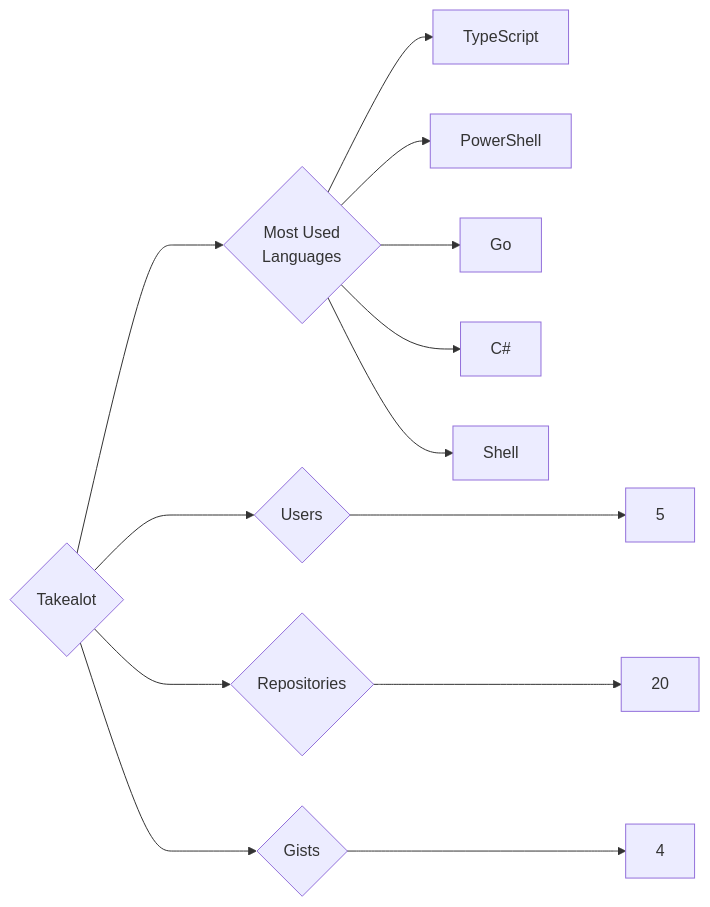
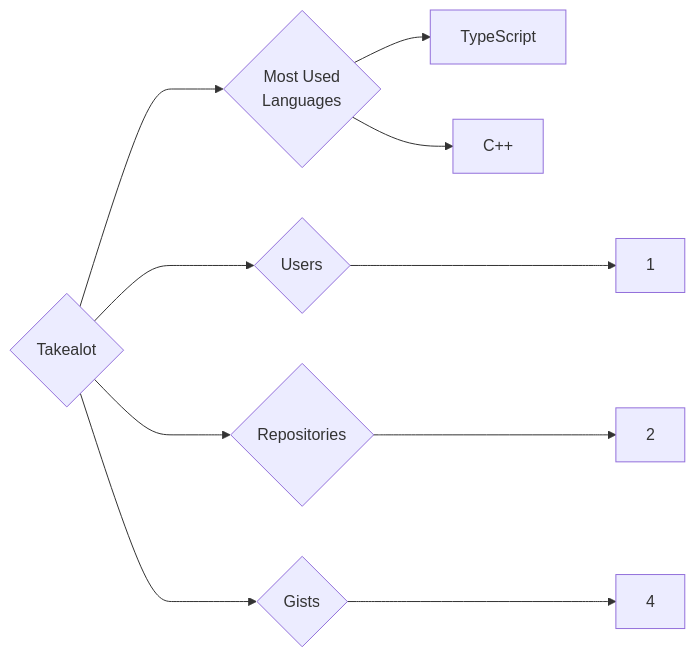
One commit to trickest/insiders changed the diagram in targets/Takealot/README.md. Above: the diagram before and after it, drawn with Mermaid. The commit also changed 444 other files, not shown here.

````diff
--- a/targets/Takealot/README.md
+++ b/targets/Takealot/README.md
@@ -3,13 +3,10 @@
 ```mermaid
 graph LR
 COMPANY_NAME{Takealot}
-COMPANY_NAME ---> U{Users} ---> UN[5]
-COMPANY_NAME ---> R{Repositories} ---> RN[20]
+COMPANY_NAME ---> U{Users} ---> UN[1]
+COMPANY_NAME ---> R{Repositories} ---> RN[2]
 COMPANY_NAME ---> G{Gists} ---> GN[4]
 COMPANY_NAME ---> ML{Most Used<br>Languages}
 ML --> TypeScript[TypeScript]
-ML --> PowerShell[PowerShell]
-ML --> Go[Go]
-ML --> C#[C#]
-ML --> Shell[Shell]
+ML --> C++[C++]
 ```
````
